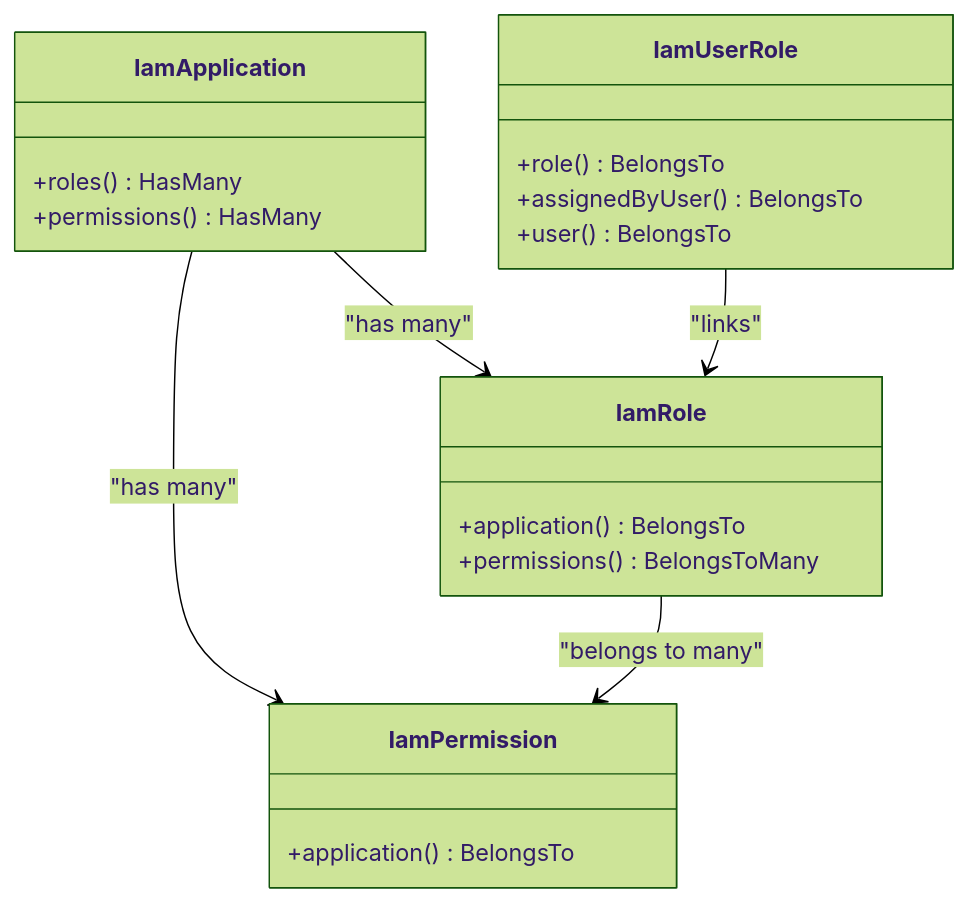
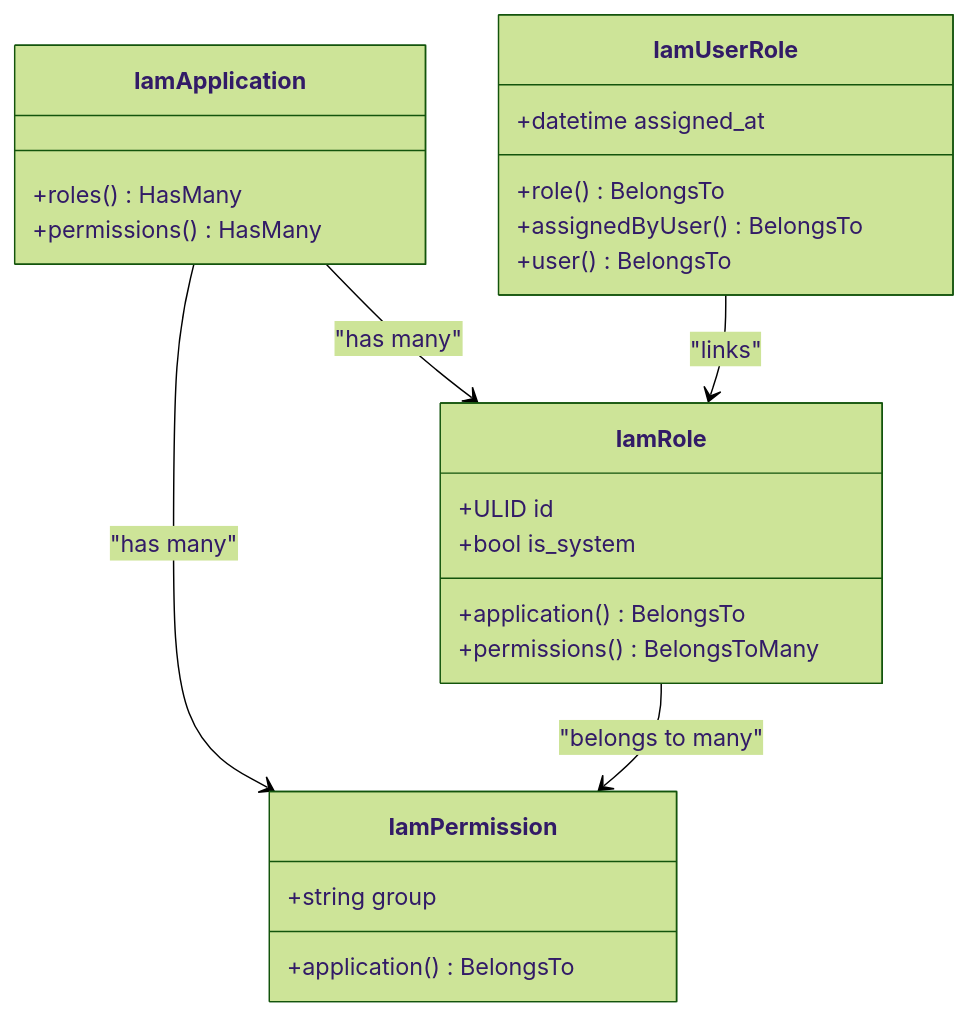
Before and after one commit to PA-Penajam/kepegawaian_apps: the fourth of 9 diagrams in .qoder/repowiki/en/content/Identity and Access Management (IAM)/Identity and Access Management (IAM).md, drawn with Mermaid (forest theme). The commit also changed other lines of this file and 22 other files, not shown here.

````diff
--- a/.qoder/repowiki/en/content/Identity and Access Management (IAM)/Identity and Access Management (IAM).md
+++ b/.qoder/repowiki/en/content/Identity and Access Management (IAM)/Identity and Access Management (IAM).md
@@ -237,23 +261,27 @@
 ```mermaid
 classDiagram
 class IamApplication {
 +roles() HasMany
 +permissions() HasMany
 }
 class IamRole {
 +application() BelongsTo
 +permissions() BelongsToMany
++ULID id
++bool is_system
 }
 class IamPermission {
 +application() BelongsTo
++string group
 }
 class IamUserRole {
 +role() BelongsTo
 +assignedByUser() BelongsTo
 +user() BelongsTo
++datetime assigned_at
 }
 IamApplication --> IamRole : "has many"
 IamApplication --> IamPermission : "has many"
 IamRole --> IamPermission : "belongs to many"
 IamUserRole --> IamRole : "links"
 ```
````
